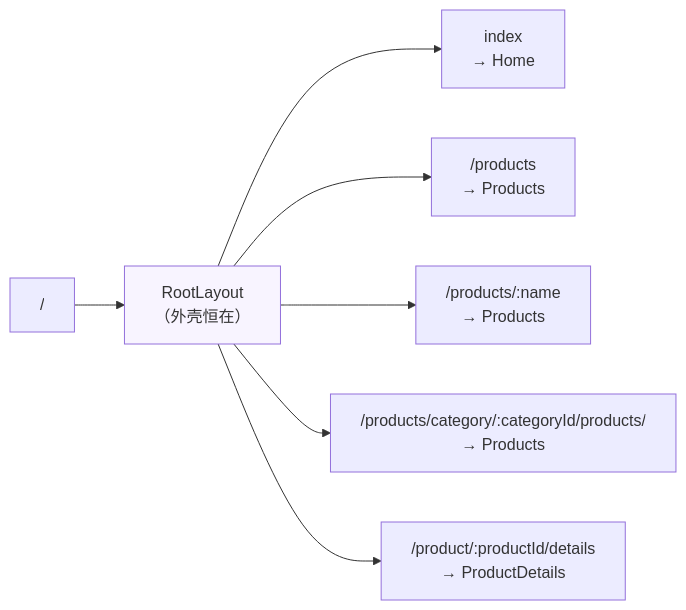
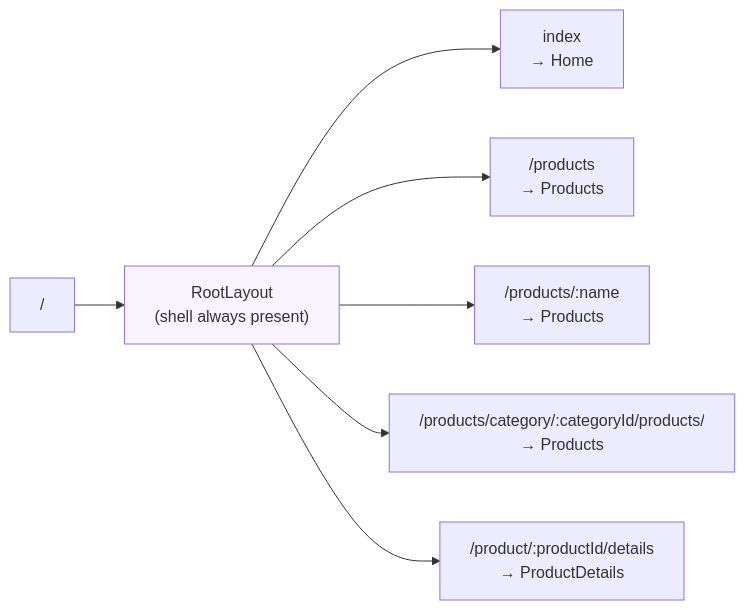
One commit to Chuan-Qiu/buynowdotcom changed the ninth of 24 diagrams in DESIGN.md. Above: the diagram before and after it, drawn with Mermaid. The commit also changed other lines of this file and 26 other files, not shown here.

````diff
--- a/DESIGN.md
+++ b/DESIGN.md
@@ -460,11 +464,11 @@
 ```mermaid
 flowchart LR
-    R["/"] --> RL["RootLayout<br/>（外壳恒在）"]
+    R["/"] --> RL["RootLayout<br/>(shell always present)"]
     RL --> I["index<br/>→ Home"]
     RL --> P1["/products<br/>→ Products"]
     RL --> P2["/products/:name<br/>→ Products"]
     RL --> P3["/products/category/:categoryId/products/<br/>→ Products"]
     RL --> D["/product/:productId/details<br/>→ ProductDetails"]
 
     style RL fill:#f8f4ff
 ```
````
